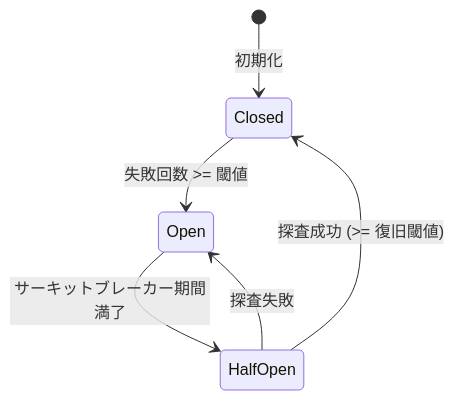
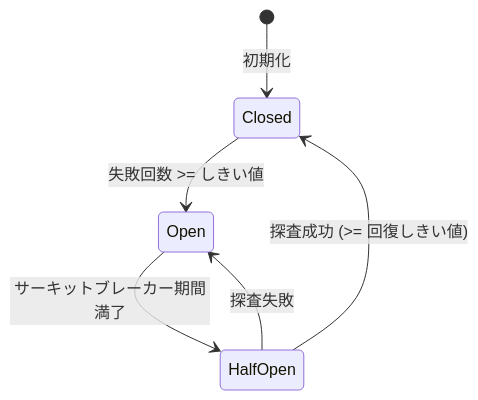
The second of 2 diagrams in docs/user-manual/ja/4-proxy/4.3-failover.md (xue-ding-e/CC-Switch-Next), drawn with Mermaid before and after one commit. The commit also changed other lines of this file and 68 other files, not shown here.

````diff
--- a/docs/user-manual/ja/4-proxy/4.3-failover.md
+++ b/docs/user-manual/ja/4-proxy/4.3-failover.md
@@ -145,8 +148,8 @@
 ```mermaid
 stateDiagram-v2
     [*] --> Closed: 初期化
-    Closed --> Open: 失敗回数 >= 閾値
+    Closed --> Open: 失敗回数 >= しきい値
     Open --> HalfOpen: サーキットブレーカー期間満了
-    HalfOpen --> Closed: 探査成功 (>= 復旧閾値)
+    HalfOpen --> Closed: 探査成功 (>= 回復しきい値)
     HalfOpen --> Open: 探査失敗
 ```
````
